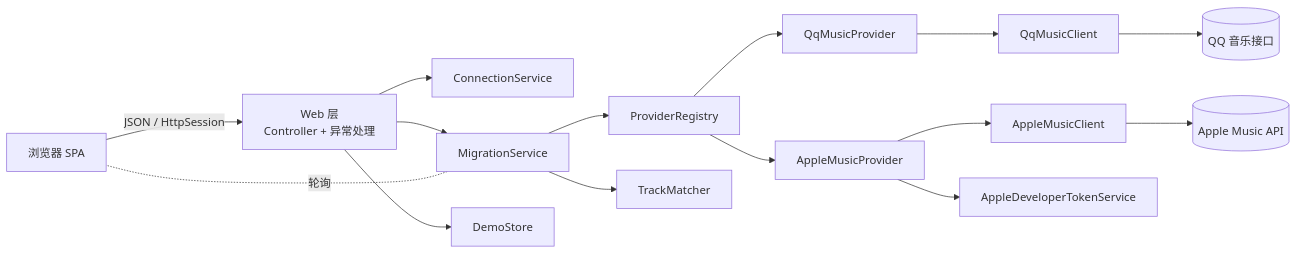
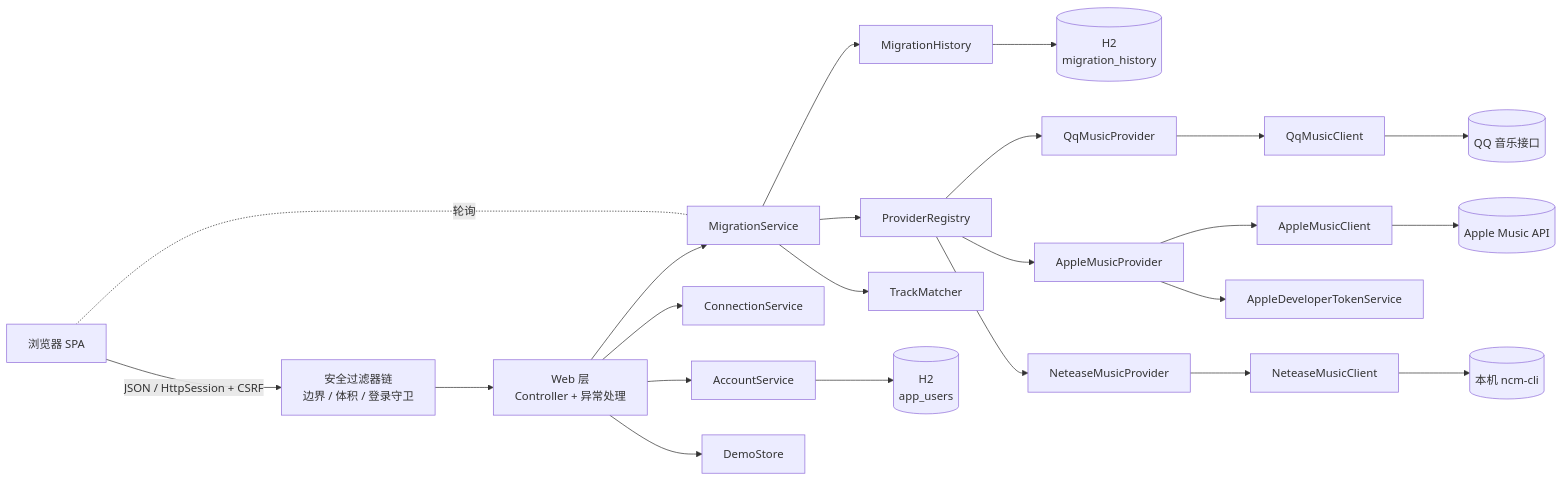
One commit to s610xxx/tunebridge changed the first of 3 diagrams in docs/TECH_DESIGN.md. Above: the diagram before and after it, drawn with Mermaid. The commit also changed other lines of this file and 2 other files, not shown here.

````diff
--- a/docs/TECH_DESIGN.md
+++ b/docs/TECH_DESIGN.md
@@ -28,17 +32,25 @@
 ```mermaid
 flowchart LR
-    U[浏览器 SPA] -->|JSON / HttpSession| C[Web 层<br/>Controller + 异常处理]
+    U[浏览器 SPA] -->|JSON / HttpSession + CSRF| F[安全过滤器链<br/>边界 / 体积 / 登录守卫]
+    F --> C[Web 层<br/>Controller + 异常处理]
+    C --> AS[AccountService]
     C --> CS[ConnectionService]
     C --> MS[MigrationService]
     C --> DS[DemoStore]
+    MS --> MH[MigrationHistory]
     MS --> PR[ProviderRegistry]
     MS --> TM[TrackMatcher]
+    AS --> DB[(H2<br/>app_users)]
+    MH --> DB2[(H2<br/>migration_history)]
     PR --> QP[QqMusicProvider]
     PR --> AP[AppleMusicProvider]
+    PR --> NP[NeteaseMusicProvider]
     QP --> QC[QqMusicClient]
     AP --> AC[AppleMusicClient]
     AP --> AT[AppleDeveloperTokenService]
+    NP --> NC[NeteaseMusicClient]
     QC --> QQ[(QQ 音乐接口)]
     AC --> AM[(Apple Music API)]
+    NC --> NE[(本机 ncm-cli)]
     MS -. 轮询 .- U
 ```
````
